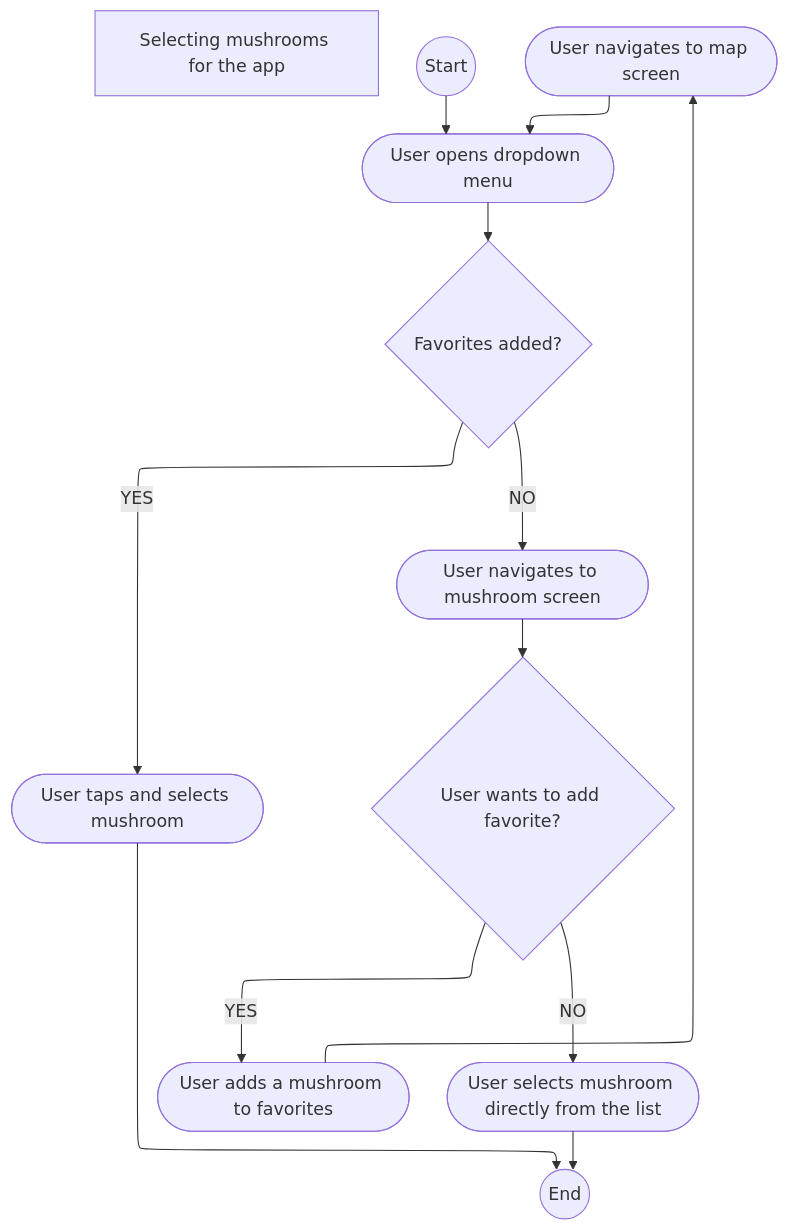
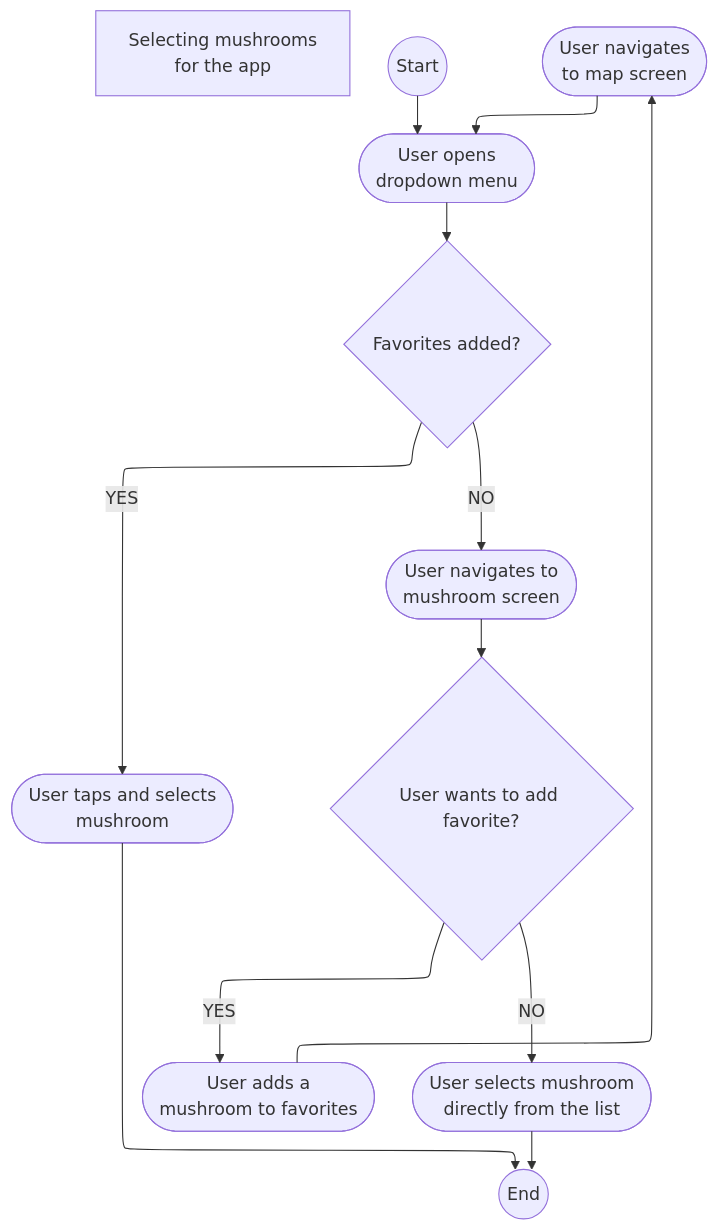
The fifth of 6 diagrams in MODELLING.md (ipo321/SoppFinnerApp), drawn with Mermaid before and after one commit. The commit also changed other lines of this file, not shown here.

````diff
--- a/MODELLING.md
+++ b/MODELLING.md
@@ -482,39 +485,39 @@
 ```mermaid
 ---
 config:
   layout: elk
 ---
 flowchart TD
-    title["Selecting mushrooms for the app"]
+    title["Selecting mushrooms <br>for the app"]
 
 
     start((Start))
 
 
-    dropdown([User opens dropdown menu])
-    taps([User taps and selects mushroom])
-    addFavorite([User adds a mushroom to favorites])
-    select([User selects mushroom directly from the list])
-    list([User navigates to mushroom screen])
-    map([User navigates to map screen])
+    dropdown([User opens <br>dropdown menu])
+    taps([User taps and selects <br>mushroom])
+    addFavorite([User adds a <br>mushroom to favorites])
+    select([User selects mushroom <br>directly from the list])
+    list([User navigates to <br>mushroom screen])
+    map([User navigates <br>to map screen])
 
 
     hasFavorite{Favorites added?}
     wantsFavorite{User wants to add favorite?}
 
 
     ending((End))
 
 
     start --> dropdown
     dropdown --> hasFavorite
     hasFavorite --YES--> taps
     hasFavorite --NO--> list
     list --> wantsFavorite
     wantsFavorite --YES--> addFavorite
     wantsFavorite --NO--> select
     addFavorite --> map
     map --> dropdown
     select --> ending
     taps --> ending
 ```
````
